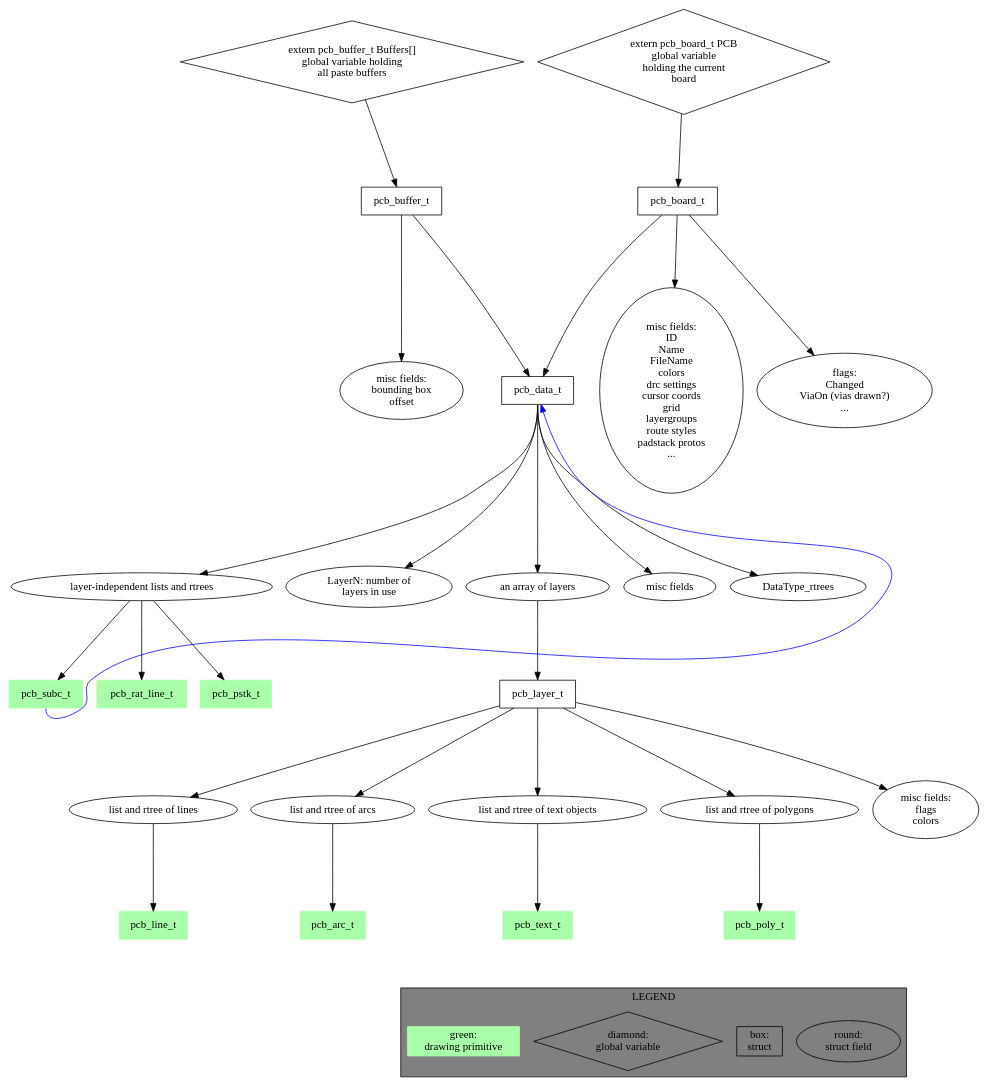
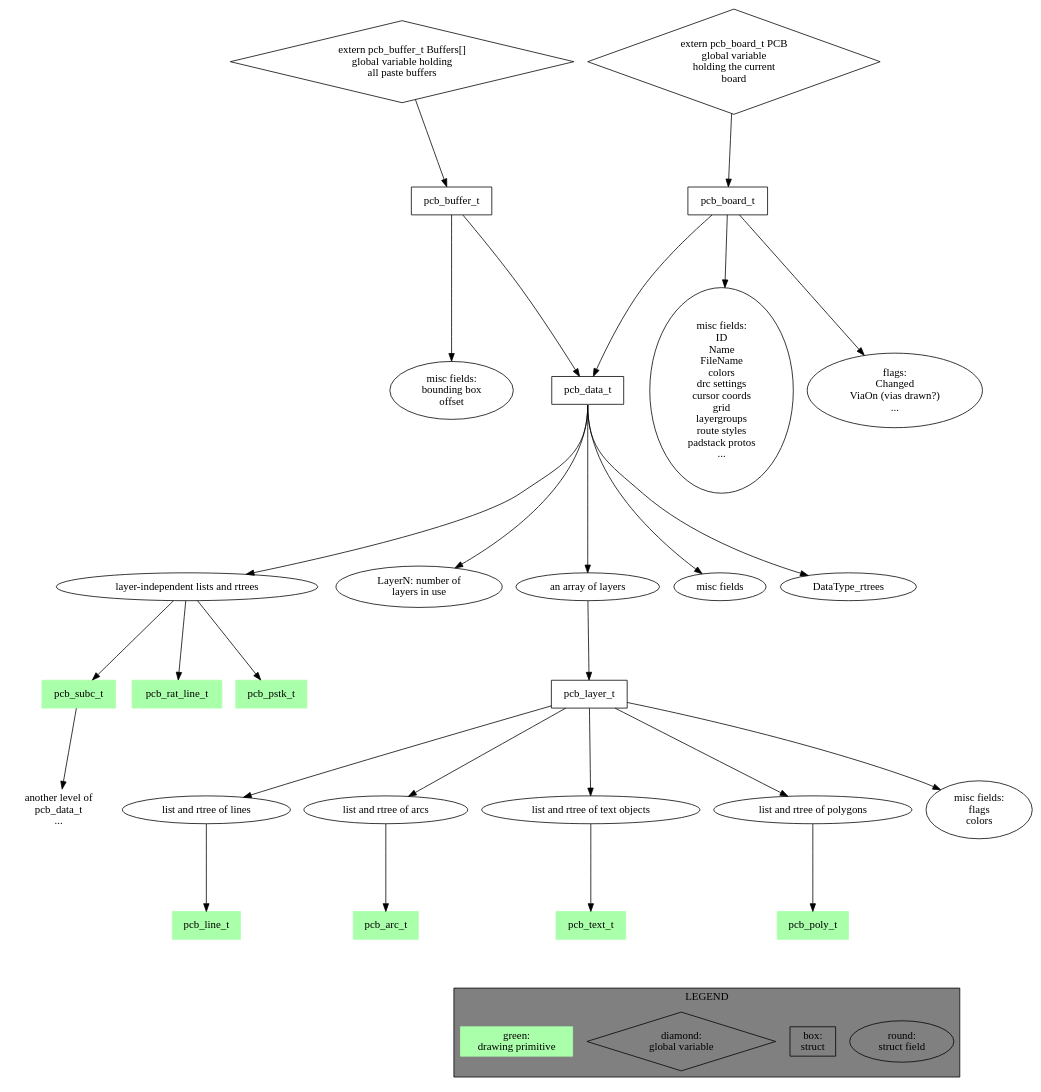
Before and after one commit to NoSuchProcess/pcb-rnd: the diagram in doc/developer/src/data1.dot, drawn with Graphviz.

Commit message:
[doc] -Change: data struct drawing: remove the blue line that crosses everything, indicate recursion differently

```diff
--- a/doc/developer/src/data1.dot
+++ b/doc/developer/src/data1.dot
@@ -1,79 +1,81 @@
 digraph pcb_data {
 	ranksep=1.3
 	PCBType_misc [label="misc fields:\nID\nName\nFileName\ncolors\ndrc settings\ncursor coords\ngrid\nlayergroups\nroute styles\npadstack protos\n..."]
 	PCBType_flags [label="flags:\nChanged\nViaOn (vias drawn?)\n..."]
 	pcb_board_t -> PCBType_misc
 	pcb_board_t -> PCBType_flags
 	pcb_board_t -> pcb_data_t
 	pcb_board_t [shape=box]
+
+	pcb_data_t2 [label="another level of\npcb_data_t\n..." shape=none]
 
 	pcb_subc_t [shape=box style=filled color="#aaffaa"]
 	pcb_rat_line_t [shape=box style=filled color="#aaffaa"]
 	pcb_pstk_t [shape=box style=filled color="#aaffaa"]
 	pcb_arc_t [shape=box style=filled color="#aaffaa"]
 	pcb_line_t [shape=box style=filled color="#aaffaa"]
 	pcb_text_t [shape=box style=filled color="#aaffaa"]
 	pcb_poly_t [shape=box style=filled color="#aaffaa"]
 
 	PCB [label="extern pcb_board_t PCB\nglobal variable\nholding the current\nboard" shape=diamond]
 	PCB -> pcb_board_t
 
 	Buffers [label="extern pcb_buffer_t Buffers[]\nglobal variable holding\nall paste buffers" shape=diamond]
 	Buffers -> pcb_buffer_t
 
 	BufferType_misc [label="misc fields:\nbounding box\noffset"]
 	pcb_buffer_t -> BufferType_misc
 	pcb_buffer_t -> pcb_data_t
 	pcb_buffer_t [shape=box]
 
 	DataType_listrt [label="layer-independent lists and rtrees"]
 	DataType_LayerN [label="LayerN: number of\nlayers in use"]
 	DataType_layers [label="an array of layers"]
 	DataType_misc [label="misc fields"]
 
 	pcb_data_t -> DataType_misc    [tailport=s]
 	pcb_data_t -> DataType_LayerN  [tailport=s]
 	pcb_data_t -> DataType_layers  [tailport=s]
 	pcb_data_t -> DataType_listrt  [tailport=s]
 	pcb_data_t -> DataType_rtrees  [tailport=s]
 	pcb_data_t [shape=box]
 
 	DataType_layers -> pcb_layer_t
 
 	DataType_listrt -> pcb_subc_t
 	DataType_listrt -> pcb_rat_line_t
 	DataType_listrt -> pcb_pstk_t
 
-	pcb_subc_t -> pcb_data_t [color=blue constraint=0 tailport=s]
+	pcb_subc_t -> pcb_data_t2
 
 	LayerType_lines [label="list and rtree of lines"]
 	LayerType_arcs [label="list and rtree of arcs"]
 	LayerType_texts [label="list and rtree of text objects"]
 	LayerType_polygons [label="list and rtree of polygons"]
 	LayerType_misc [label="misc fields:\nflags\ncolors"]
 
 	LayerType_lines -> pcb_line_t
 	LayerType_arcs -> pcb_arc_t
 	LayerType_polygons -> pcb_poly_t
 	LayerType_texts -> pcb_text_t
 
 	pcb_layer_t -> LayerType_misc
 	pcb_layer_t -> LayerType_lines
 	pcb_layer_t -> LayerType_arcs
 	pcb_layer_t -> LayerType_texts
 	pcb_layer_t -> LayerType_polygons
 	pcb_layer_t [shape=box]
 
 	subgraph "cluster_1" {
 		label="LEGEND"
 		style=filled
 		bgcolor=grey
 		round [label="round:\nstruct field"]
 		struct [label="box:\nstruct" shape=box]
 		diamond [label="diamond:\nglobal variable" shape=diamond]
 		grn [label="green:\ndrawing primitive" shape=box style=filled color="#aaffaa"]
 
 	}
 
 	pcb_poly_t -> struct [style=invis]
 }
```
